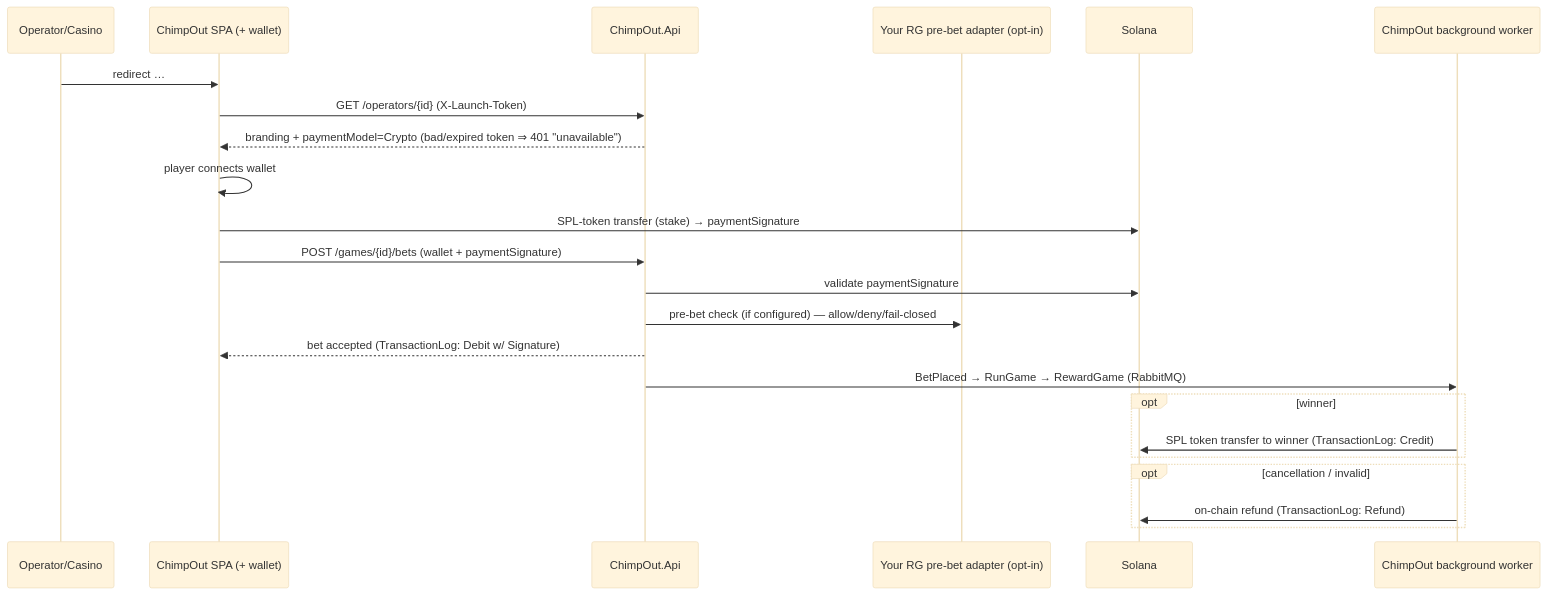
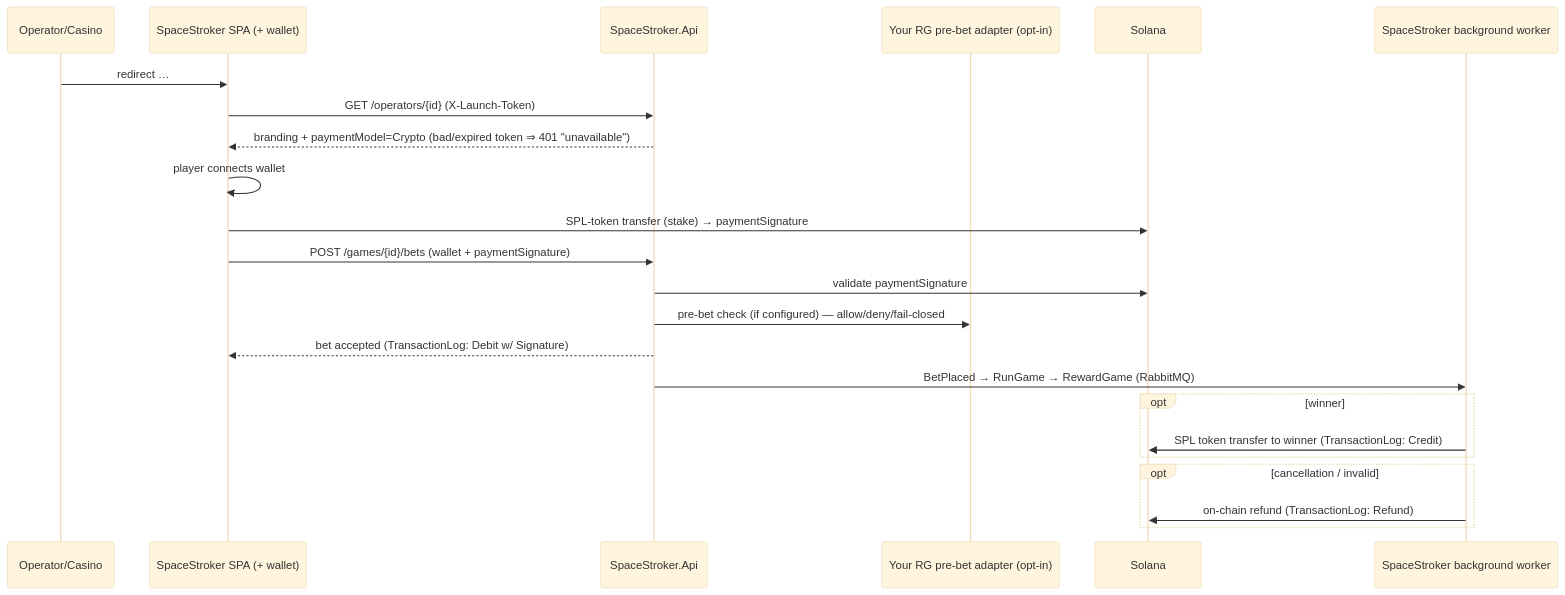
Before and after one commit to marcusruas/monkify-meta: the second of 2 diagrams in specs/sales-technical-documents.md, drawn with Mermaid (base theme). The commit also changed other lines of this file and 99 other files, not shown here.

First line of the commit message:
Rename ChimpOut -> SpaceStroker across deploy + KB (#75).

````diff
--- a/specs/sales-technical-documents.md
+++ b/specs/sales-technical-documents.md
@@ -302,26 +302,26 @@
 ```mermaid
 sequenceDiagram
   participant Casino as Operator/Casino
-  participant SPA as ChimpOut SPA (+ wallet)
-  participant API as ChimpOut.Api
+  participant SPA as SpaceStroker SPA (+ wallet)
+  participant API as SpaceStroker.Api
   participant RG as Your RG pre-bet adapter (opt-in)
   participant Chain as Solana
-  participant Cons as ChimpOut background worker
+  participant Cons as SpaceStroker background worker
 
   Casino->>SPA: redirect …#launch_token=<jwt> (RS256, iss, sub empty)
   SPA->>API: GET /operators/{id} (X-Launch-Token)
   API-->>SPA: branding + paymentModel=Crypto  (bad/expired token ⇒ 401 "unavailable")
   SPA->>SPA: player connects wallet
   SPA->>Chain: SPL-token transfer (stake) → paymentSignature
   SPA->>API: POST /games/{id}/bets (wallet + paymentSignature)
   API->>Chain: validate paymentSignature
   API->>RG: pre-bet check (if configured) — allow/deny/fail-closed
   API-->>SPA: bet accepted (TransactionLog: Debit w/ Signature)
   API->>Cons: BetPlaced → RunGame → RewardGame (RabbitMQ)
   opt winner
     Cons->>Chain: SPL token transfer to winner  (TransactionLog: Credit)
   end
   opt cancellation / invalid
     Cons->>Chain: on-chain refund  (TransactionLog: Refund)
   end
 ```
````
